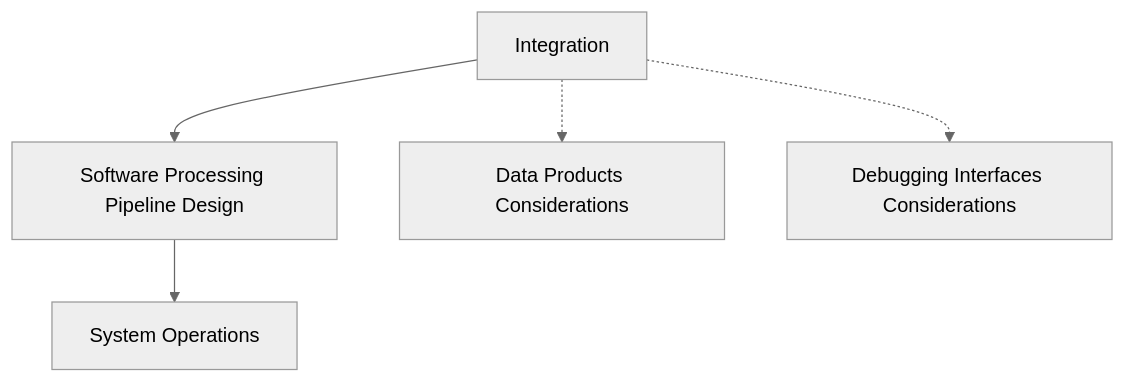
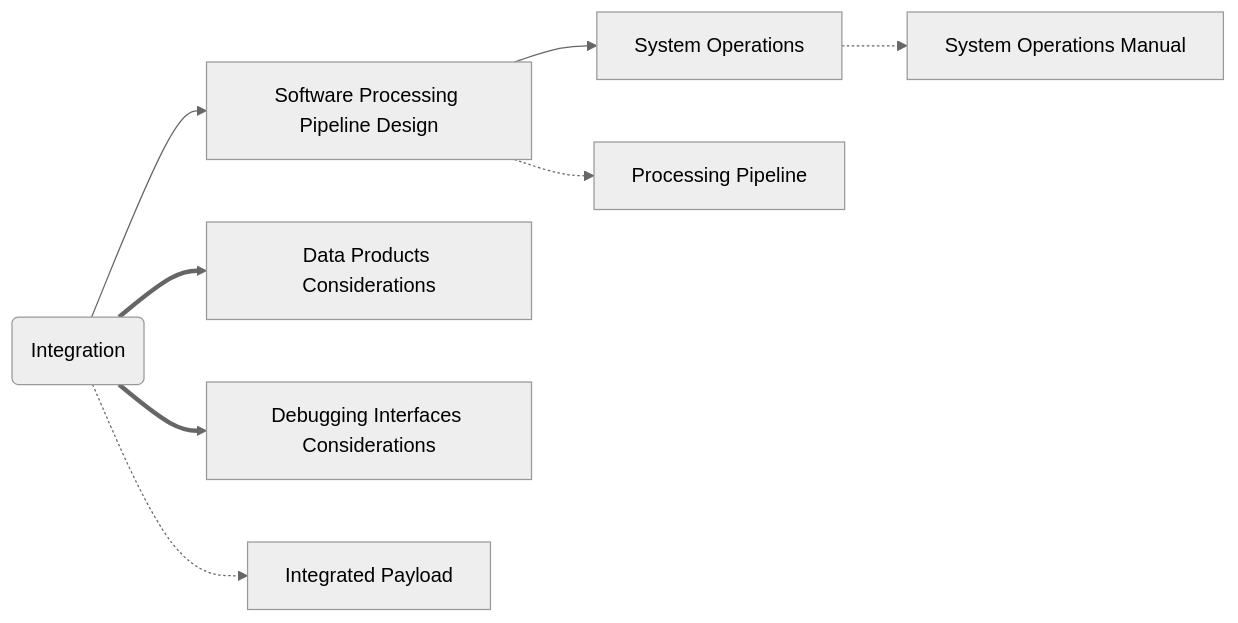
Before and after one commit to UA-ACUASI-Engineering/Payload_Integration: the first of 2 diagrams in Section 3 Implementation and Operation.md, drawn with Mermaid (neutral theme). The commit also changed 9 other files, not shown here.

````diff
--- a/Section 3 Implementation and Operation.md
+++ b/Section 3 Implementation and Operation.md
@@ -17,8 +17,12 @@
 ```mermaid
-graph TD
+graph LR
 
-Integ[Integration] --> Soft[Software Processing Pipeline Design]
-Integ -.-> Data[Data Products Considerations]
-Integ -.-> Debug[Debugging Interfaces Considerations]
+Integ(Integration) --> Soft[Software Processing Pipeline Design]
+Integ ==> Data[Data Products Considerations]
+Integ ==> Debug[Debugging Interfaces Considerations]
+Integ -.-> IntPay[Integrated Payload]
 Soft[Software Processing Pipeline Design] --> Oper[System Operations]
+Soft -.-> ProPipe[Processing Pipeline]
+Oper -.-> OperDoc[System Operations Manual]
+
 ```
````
